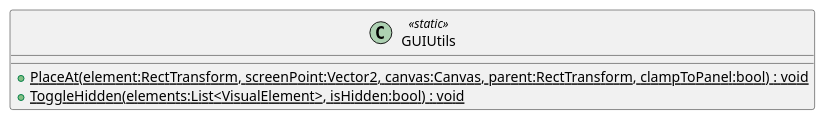
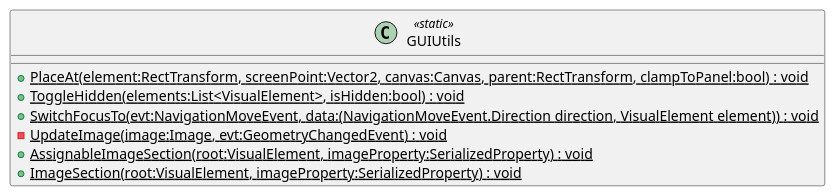
The diagram in Assets/Documentation/UML/Scripts/UI/GUIUtils.puml (Ubus99/AVRO-Simulation), drawn with PlantUML before and after one commit. The commit also changed 21 other files, not shown here.

```diff
--- a/Assets/Documentation/UML/Scripts/UI/GUIUtils.puml
+++ b/Assets/Documentation/UML/Scripts/UI/GUIUtils.puml
@@ -1,6 +1,10 @@
 @startuml
 class GUIUtils <<static>> {
     + {static} PlaceAt(element:RectTransform, screenPoint:Vector2, canvas:Canvas, parent:RectTransform, clampToPanel:bool) : void
     + {static} ToggleHidden(elements:List<VisualElement>, isHidden:bool) : void
+    + {static} SwitchFocusTo(evt:NavigationMoveEvent, data:(NavigationMoveEvent.Direction direction, VisualElement element)) : void
+    {static} - UpdateImage(image:Image, evt:GeometryChangedEvent) : void
+    + {static} AssignableImageSection(root:VisualElement, imageProperty:SerializedProperty) : void
+    + {static} ImageSection(root:VisualElement, imageProperty:SerializedProperty) : void
 }
 @enduml
```
